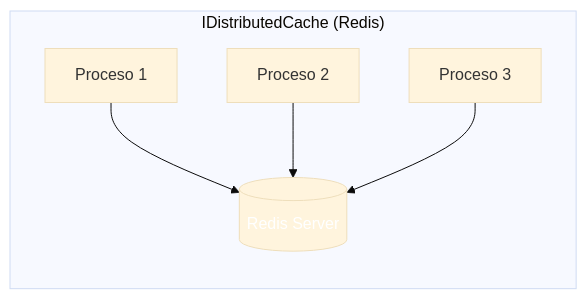
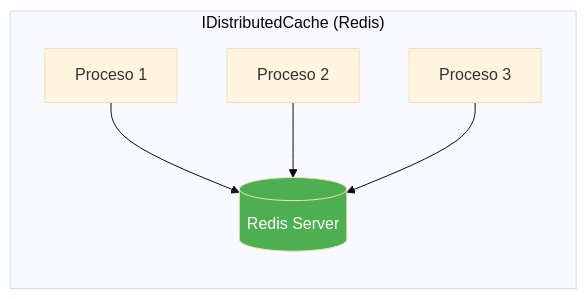
Before and after one commit to joseluisgs/DesarrolloWebEntornosServidor-02-2026-2027: the fourth of 17 diagrams in 14-cache-redis.md, drawn with Mermaid (base theme). The commit also changed other lines of this file, not shown here.

````diff
--- a/14-cache-redis.md
+++ b/14-cache-redis.md
@@ -159,9 +162,9 @@
 ```mermaid
 flowchart LR
     subgraph "IDistributedCache (Redis)"
         P1["Proceso 1"] --> RS[("Redis Server")]
         P2["Proceso 2"] --> RS
         P3["Proceso 3"] --> RS
     end
-    style RS fill:#4CAF5,color:#fff0,color:#fff
+    style RS fill:#4CAF50,color:#fff
 ```
````
